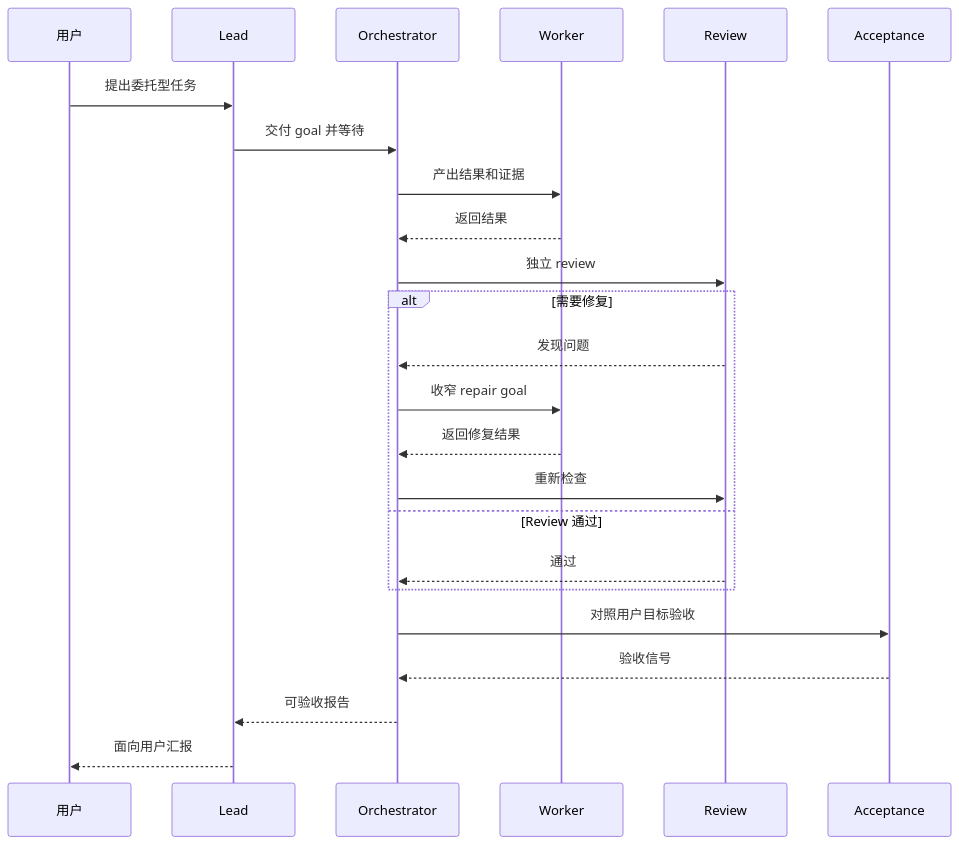
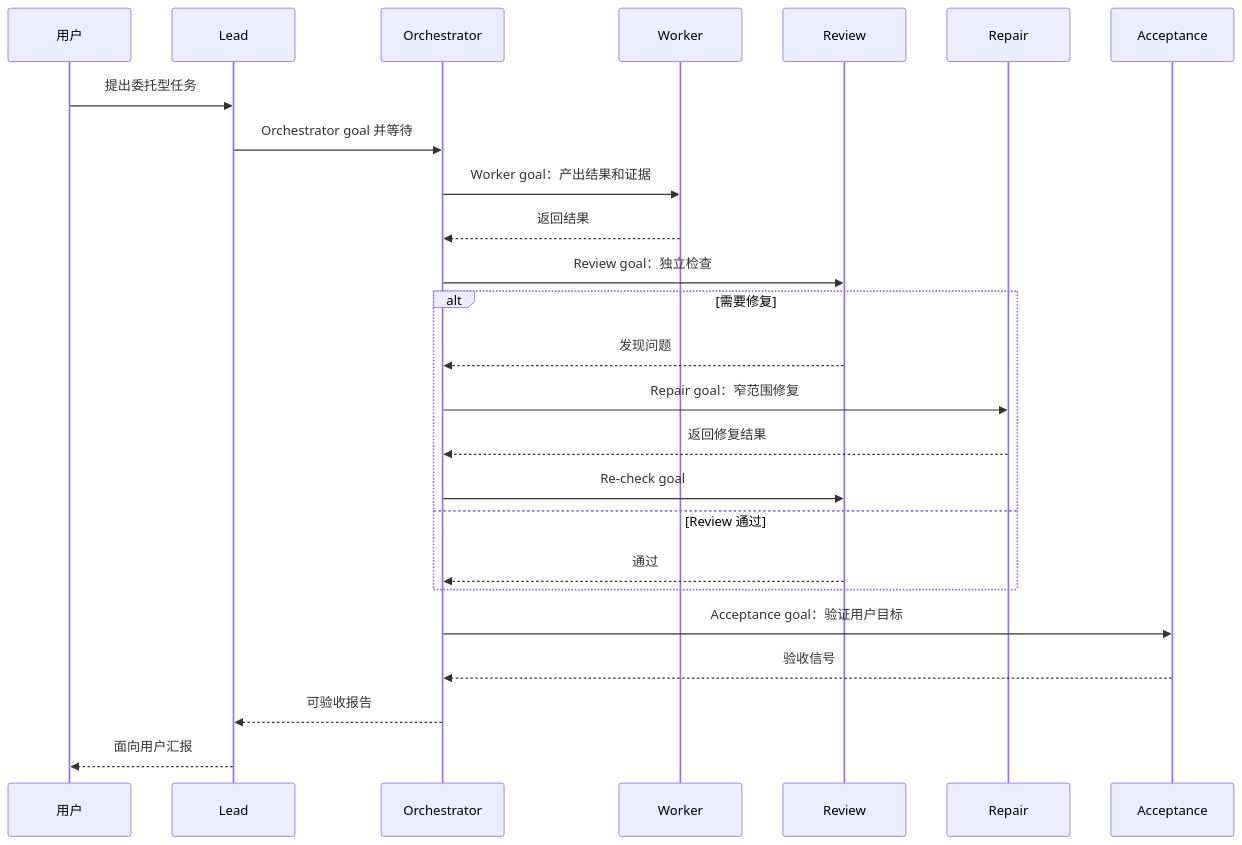
The third of 3 diagrams in README.zh-CN.md (patrick-fu/parallel-goal-workflows), drawn with Mermaid before and after one commit. The commit also changed other lines of this file and 2 other files, not shown here.

First line of the commit message:
Document goal-first workflow families

````diff
--- a/README.zh-CN.md
+++ b/README.zh-CN.md
@@ -53,26 +125,27 @@
 ```mermaid
 sequenceDiagram
   participant User as 用户
   participant Lead
   participant Orchestrator
   participant Worker
   participant Review
+  participant Repair
   participant Acceptance
   User->>Lead: 提出委托型任务
-  Lead->>Orchestrator: 交付 goal 并等待
-  Orchestrator->>Worker: 产出结果和证据
+  Lead->>Orchestrator: Orchestrator goal 并等待
+  Orchestrator->>Worker: Worker goal：产出结果和证据
   Worker-->>Orchestrator: 返回结果
-  Orchestrator->>Review: 独立 review
+  Orchestrator->>Review: Review goal：独立检查
   alt 需要修复
     Review-->>Orchestrator: 发现问题
-    Orchestrator->>Worker: 收窄 repair goal
-    Worker-->>Orchestrator: 返回修复结果
-    Orchestrator->>Review: 重新检查
+    Orchestrator->>Repair: Repair goal：窄范围修复
+    Repair-->>Orchestrator: 返回修复结果
+    Orchestrator->>Review: Re-check goal
   else Review 通过
     Review-->>Orchestrator: 通过
   end
-  Orchestrator->>Acceptance: 对照用户目标验收
+  Orchestrator->>Acceptance: Acceptance goal：验证用户目标
   Acceptance-->>Orchestrator: 验收信号
   Orchestrator-->>Lead: 可验收报告
   Lead-->>User: 面向用户汇报
 ```
````
